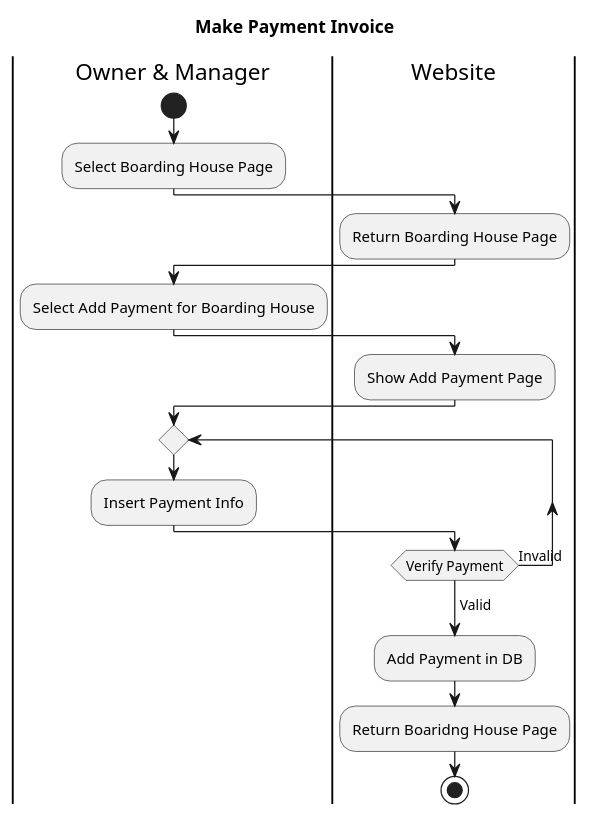
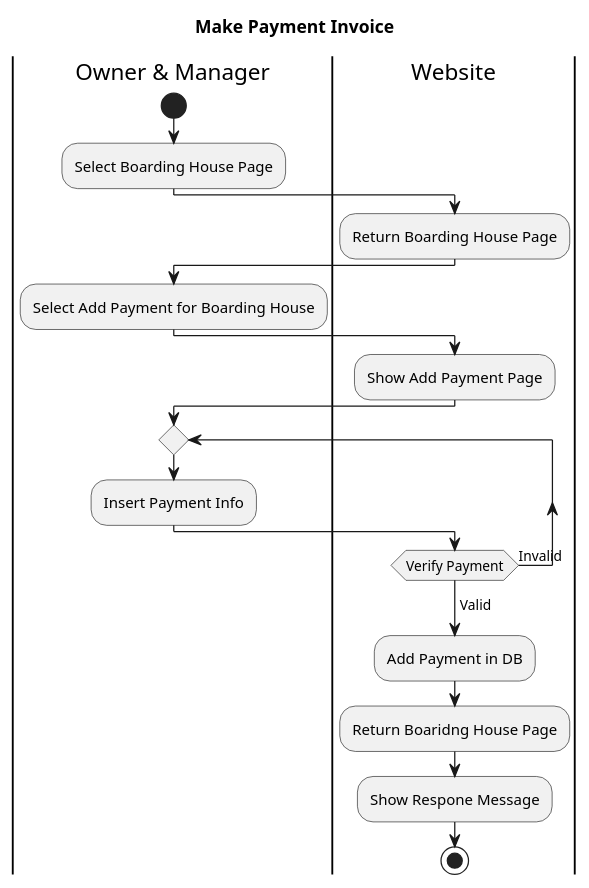
Before and after one commit to AntWort21/BHFMS: the diagram in Design/BHFMS_ACTIVITY/Owner Manager/Payment/Make Payment Invoice (Owner & Manager).puml, drawn with PlantUML. The commit also changed 23 other files, not shown here.

```diff
--- a/Design/BHFMS_ACTIVITY/Owner Manager/Payment/Make Payment Invoice (Owner & Manager).puml
+++ b/Design/BHFMS_ACTIVITY/Owner Manager/Payment/Make Payment Invoice (Owner & Manager).puml
@@ -1,21 +1,22 @@
 @startuml
 title Make Payment Invoice
 |Owner & Manager|
 start
 :Select Boarding House Page;
 |Website|
 :Return Boarding House Page;
 |Owner & Manager|
 :Select Add Payment for Boarding House;
 |Website|
 :Show Add Payment Page;
 |Owner & Manager|
 repeat
 :Insert Payment Info;
 |Website|
 repeat while (Verify Payment) is (Invalid)
         ->Valid;
     :Add Payment in DB;
-    :Return Boaridng House Page;
+:Return Boaridng House Page;
+:Show Respone Message;
 stop
 @enduml
```
